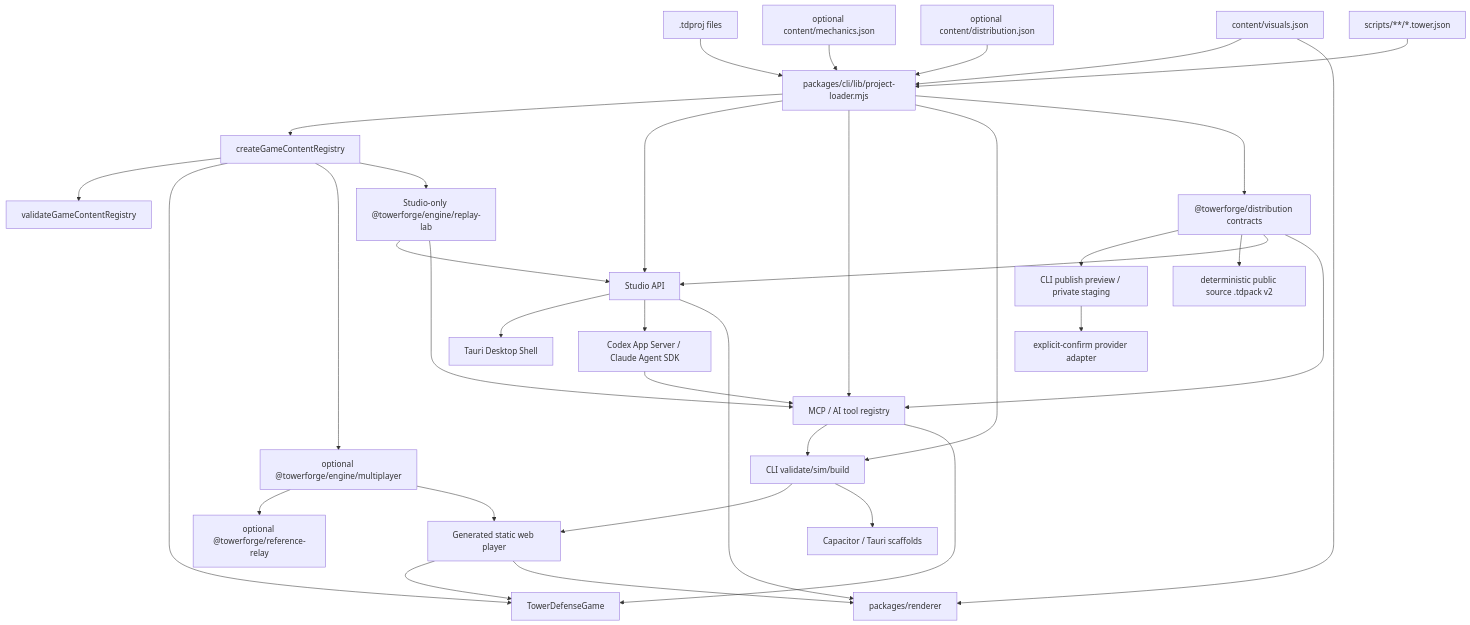
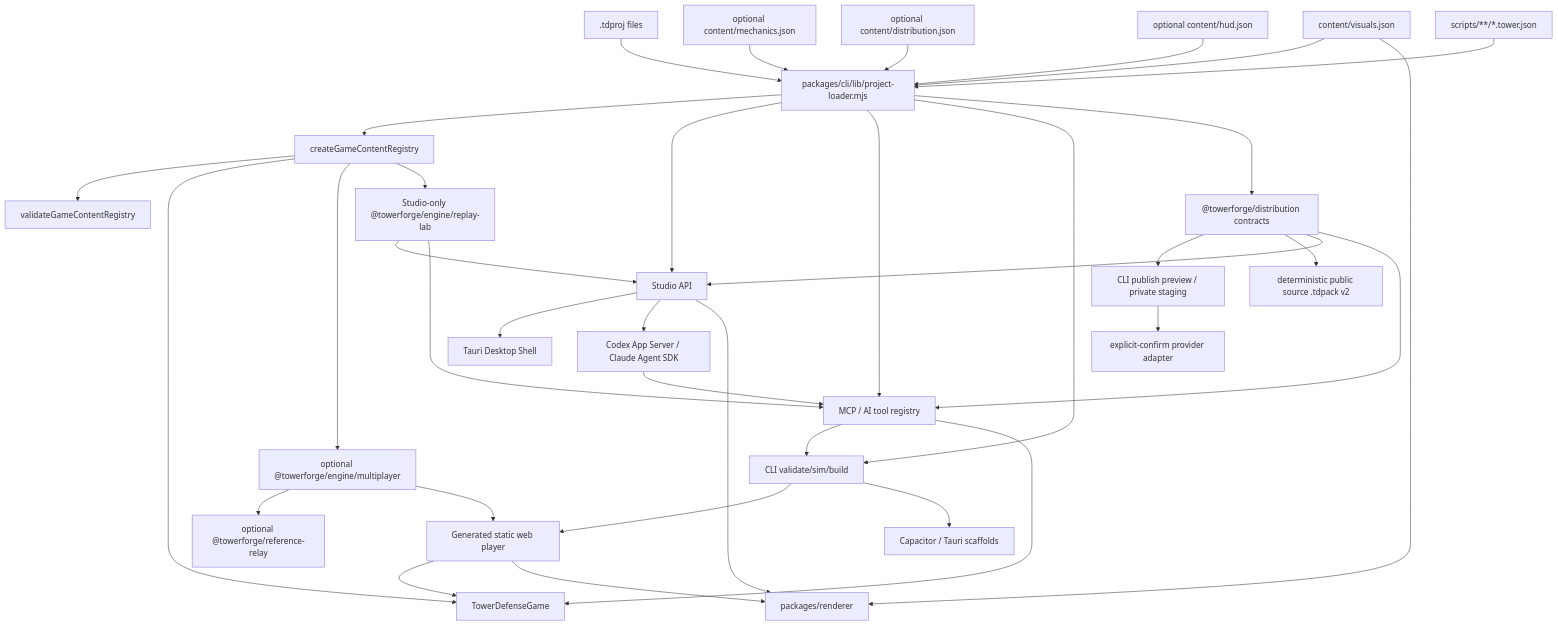
One commit to Lindforge-Studios/TowerForge changed the diagram in ARCHITECTURE.md. Above: the diagram before and after it, drawn with Mermaid. The commit also changed other lines of this file and 4 other files, not shown here.

````diff
--- a/ARCHITECTURE.md
+++ b/ARCHITECTURE.md
@@ -52,37 +53,38 @@
 ```mermaid
 flowchart TD
   Project[".tdproj files"] --> Loader["packages/cli/lib/project-loader.mjs"]
   Mechanics["optional content/mechanics.json"] --> Loader
   Distribution["optional content/distribution.json"] --> Loader
+  Hud["optional content/hud.json"] --> Loader
   Visuals["content/visuals.json"] --> Loader
   Scripts["scripts/**/*.tower.json"] --> Loader
   Loader --> Registry["createGameContentRegistry"]
   Registry --> Validate["validateGameContentRegistry"]
   Registry --> Sim["TowerDefenseGame"]
   Registry --> Match["optional @towerforge/engine/multiplayer"]
   Registry --> ReplayLab["Studio-only @towerforge/engine/replay-lab"]
   Match --> Relay["optional @towerforge/reference-relay"]
   Loader --> Studio["Studio API"]
   Studio --> Desktop["Tauri Desktop Shell"]
   Loader --> MCP["MCP / AI tool registry"]
   Studio --> Runtime["Codex App Server / Claude Agent SDK"]
   Runtime --> MCP
   Loader --> CLI["CLI validate/sim/build"]
   CLI --> Player["Generated static web player"]
   Match --> Player
   CLI --> Package["Capacitor / Tauri scaffolds"]
   Loader --> DistributionCore["@towerforge/distribution contracts"]
   DistributionCore --> Publish["CLI publish preview / private staging"]
   Publish --> Provider["explicit-confirm provider adapter"]
   DistributionCore --> Remix["deterministic public source .tdpack v2"]
   DistributionCore --> Studio
   DistributionCore --> MCP
   MCP --> CLI
   MCP --> Sim
   Player --> Sim
   Player --> Renderer["packages/renderer"]
   Studio --> Renderer
   ReplayLab --> Studio
   ReplayLab --> MCP
   Visuals --> Renderer
 ```
````
